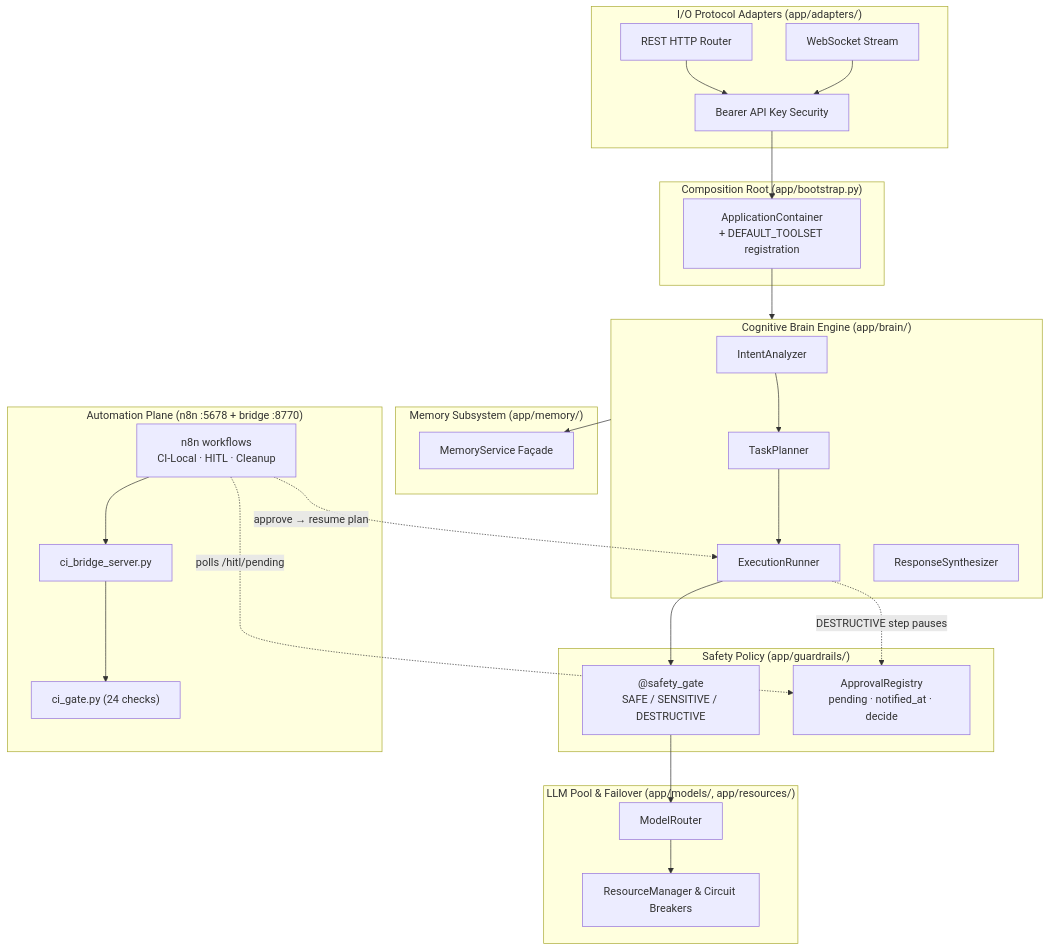
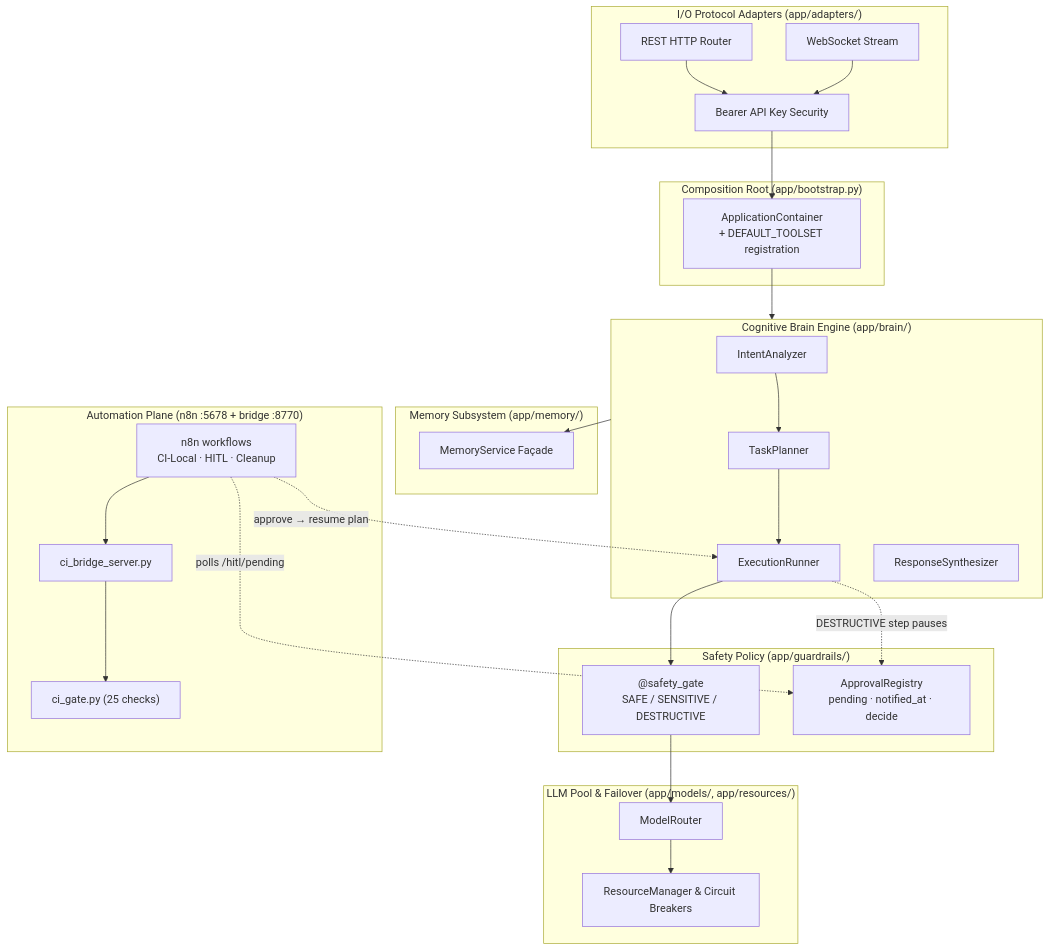
One commit to Er-Sajan-PLG/JARVIS changed the diagram in README.md. Above: the diagram before and after it, drawn with Mermaid. The commit also changed other lines of this file and 81 other files, not shown here.

````diff
--- a/README.md
+++ b/README.md
@@ -70,54 +71,54 @@
 ```mermaid
 flowchart TB
     subgraph ADAPTERS["I/O Protocol Adapters (app/adapters/)"]
         HTTP["REST HTTP Router"]
         WS["WebSocket Stream"]
         AUTH["Bearer API Key Security"]
     end
 
     subgraph BOOTSTRAP["Composition Root (app/bootstrap.py)"]
         CONTAINER["ApplicationContainer<br/>+ DEFAULT_TOOLSET registration"]
     end
 
     subgraph BRAIN["Cognitive Brain Engine (app/brain/)"]
         INTENT["IntentAnalyzer"]
         PLANNER["TaskPlanner"]
         RUNNER["ExecutionRunner"]
         SYNTH["ResponseSynthesizer"]
     end
 
     subgraph GUARDRAILS["Safety Policy (app/guardrails/)"]
         GATE["@safety_gate<br/>SAFE / SENSITIVE / DESTRUCTIVE"]
         APPROVALS["ApprovalRegistry<br/>pending · notified_at · decide"]
     end
 
     subgraph MODELS["LLM Pool & Failover (app/models/, app/resources/)"]
         ROUTER["ModelRouter"]
         RESMAN["ResourceManager & Circuit Breakers"]
     end
 
     subgraph MEMORY["Memory Subsystem (app/memory/)"]
         SERVICE["MemoryService Façade"]
     end
 
     subgraph AUTOMATION["Automation Plane (n8n :5678 + bridge :8770)"]
         N8N["n8n workflows<br/>CI-Local · HITL · Cleanup"]
         BRIDGE["ci_bridge_server.py"]
-        CGATE["ci_gate.py (<!--fact:gate_count-->24<!--/fact--> checks)"]
+        CGATE["ci_gate.py (<!--fact:gate_count-->25<!--/fact--> checks)"]
     end
 
     HTTP --> AUTH
     WS --> AUTH
     AUTH --> CONTAINER
     CONTAINER --> BRAIN
     INTENT --> PLANNER
     PLANNER --> RUNNER
     RUNNER --> GATE
     GATE --> ROUTER
     ROUTER --> RESMAN
     BRAIN --> SERVICE
     RUNNER -. "DESTRUCTIVE step pauses" .-> APPROVALS
     N8N --> BRIDGE --> CGATE
     N8N -. "polls /hitl/pending" .-> APPROVALS
     N8N -. "approve → resume plan" .-> RUNNER
 ```
````
